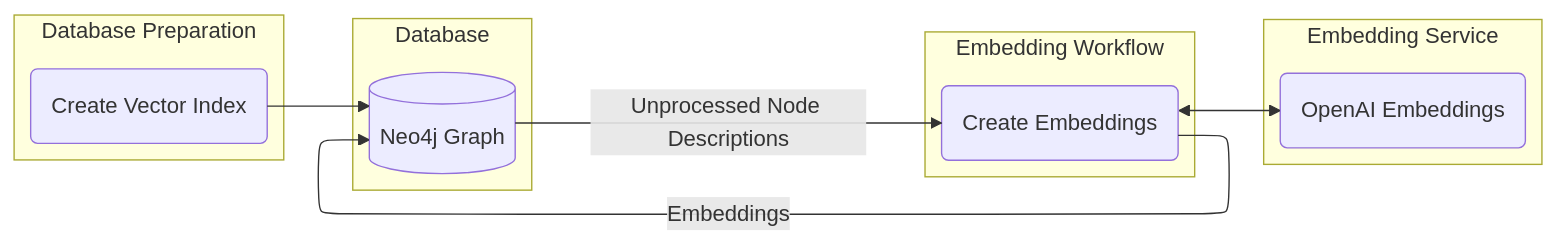
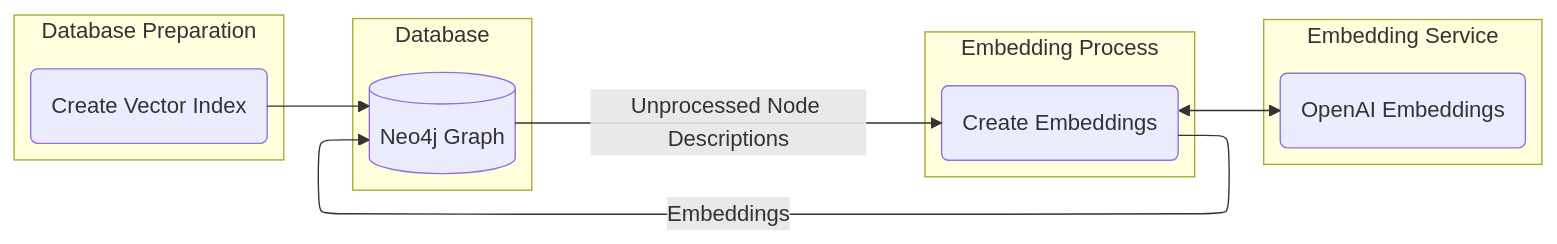
Before and after one commit to neo4j-field/neocarta: the sixth of 8 diagrams in README.md, drawn with Mermaid. The commit also changed other lines of this file and 31 other files, not shown here.

````diff
--- a/README.md
+++ b/README.md
@@ -532,30 +532,30 @@
 ```mermaid
 ---
 config:
     layout: elk
 ---
 graph LR
 
     subgraph D["Database Preparation"]
         VI(Create Vector Index)
     end
 
     subgraph ES["Embedding Service"]
         E(OpenAI Embeddings)
     end
 
     subgraph Graph["Database"]
         NEO[(Neo4j Graph)]
     end
 
-    subgraph EP["Embedding Workflow"]
+    subgraph EP["Embedding Process"]
         C(Create Embeddings) 
     end
     
     VI-->NEO
 
     C<-->E
 
     NEO-->|Unprocessed Node Descriptions|C
     C-->|Embeddings|NEO
 ```
````
